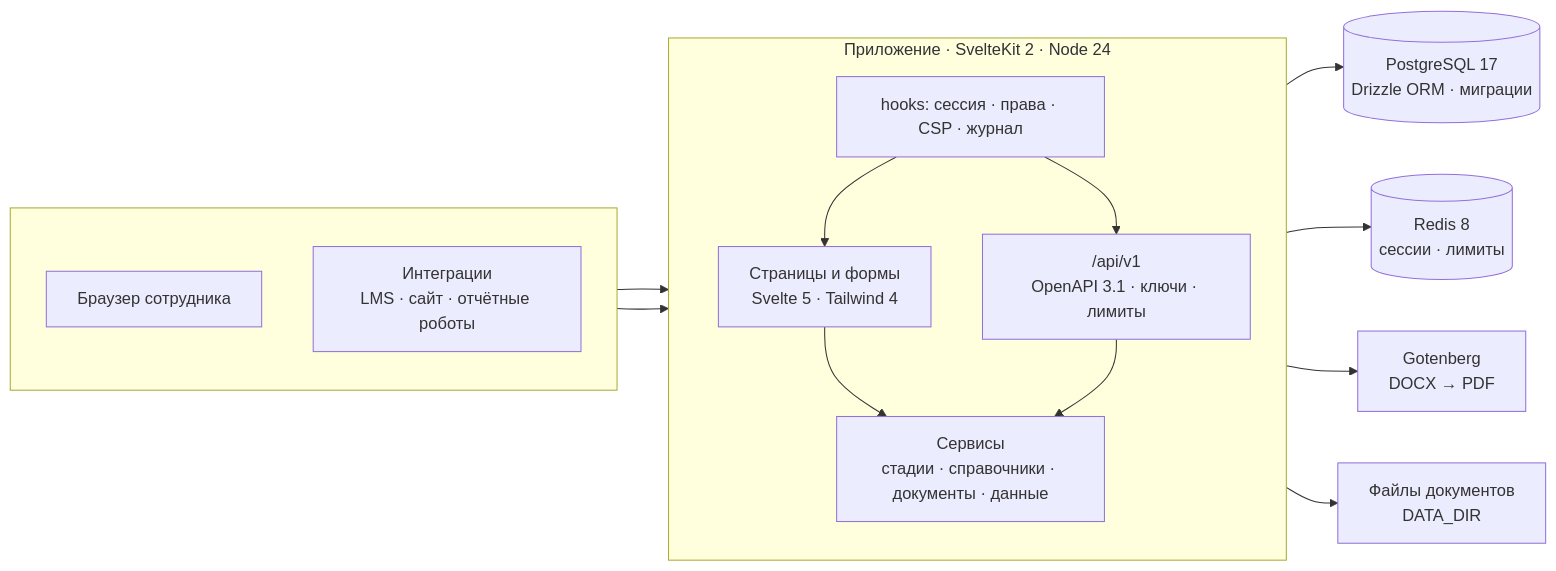
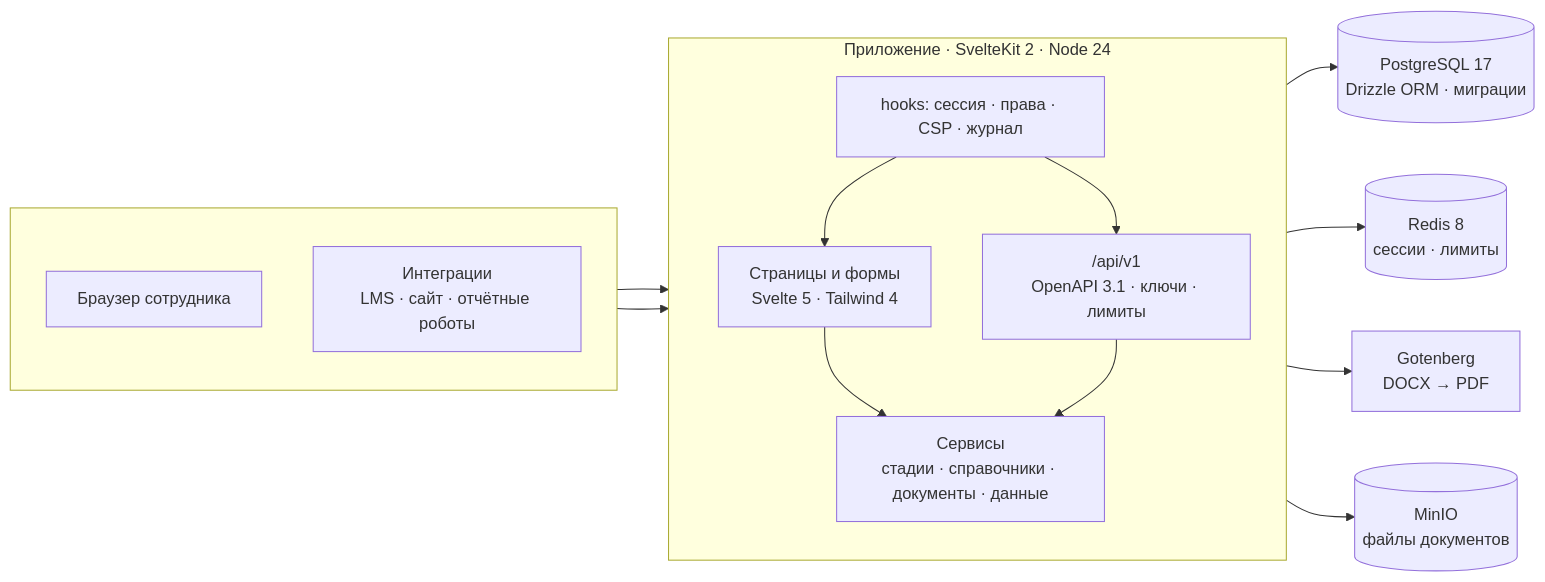
One commit to volkv/alma-crm-2026 changed the diagram in README.md. Above: the diagram before and after it, drawn with Mermaid. The commit also changed other lines of this file and 32 other files, not shown here.

````diff
--- a/README.md
+++ b/README.md
@@ -321,32 +322,32 @@
 ```mermaid
 flowchart LR
     subgraph clients[" "]
         direction TB
         B["Браузер сотрудника"]
         I["Интеграции<br/>LMS · сайт · отчётные роботы"]
     end
 
     subgraph app["Приложение · SvelteKit 2 · Node 24"]
         direction TB
         H["hooks: сессия · права · CSP · журнал"]
         UI["Страницы и формы<br/>Svelte 5 · Tailwind 4"]
         API["/api/v1<br/>OpenAPI 3.1 · ключи · лимиты"]
         S["Сервисы<br/>стадии · справочники · документы · данные"]
         H --> UI
         H --> API
         UI --> S
         API --> S
     end
 
     PG[("PostgreSQL 17<br/>Drizzle ORM · миграции")]
     R[("Redis 8<br/>сессии · лимиты")]
     G["Gotenberg<br/>DOCX → PDF"]
-    F["Файлы документов<br/>DATA_DIR"]
+    F[("MinIO<br/>файлы документов")]
 
     B --> H
     I --> H
     S --> PG
     S --> R
     S --> G
     S --> F
 ```
````
